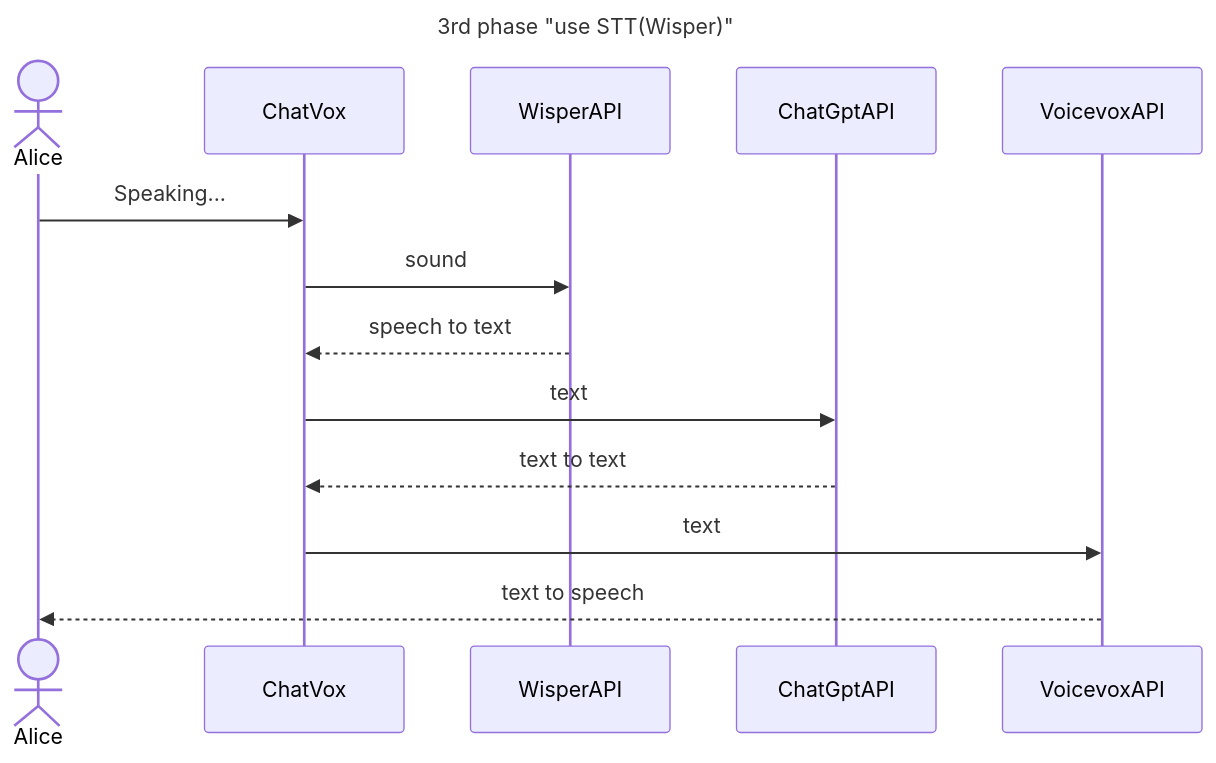
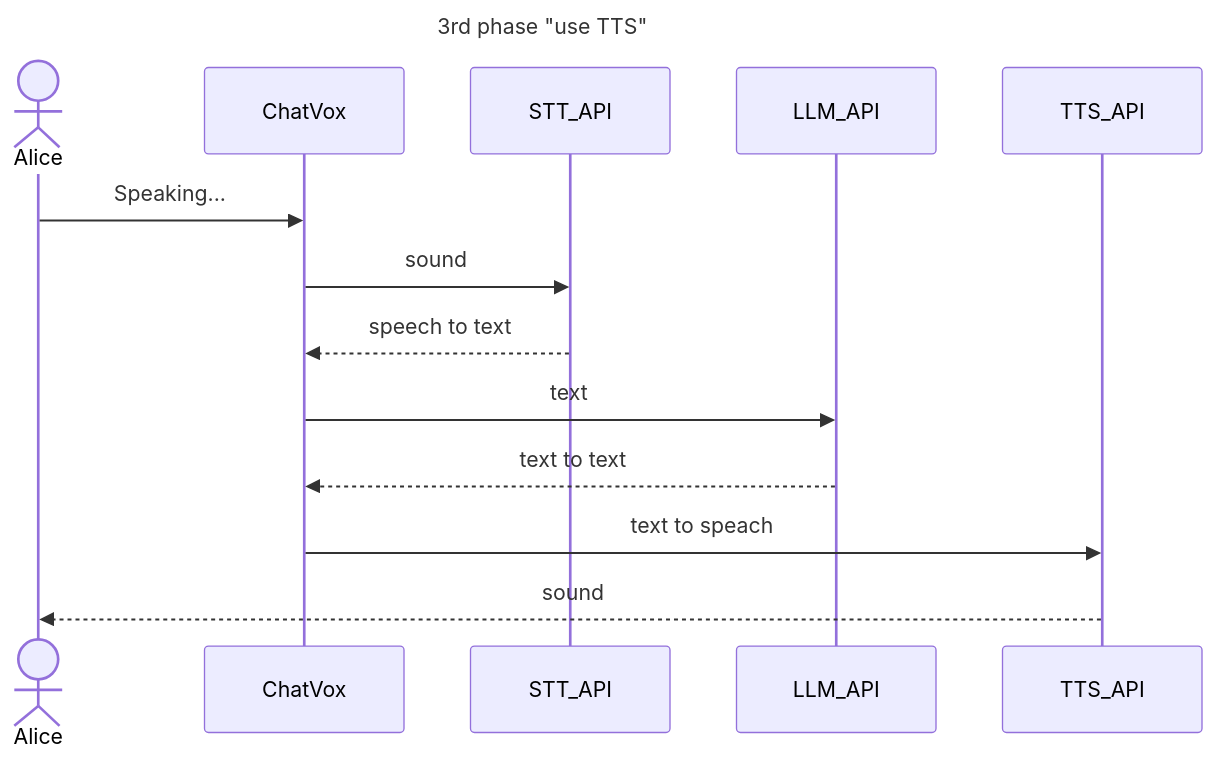
The third of 3 diagrams in doc/milestone.md (ted-sharp/chatvox), drawn with Mermaid before and after one commit. The commit also changed other lines of this file, not shown here.

````diff
--- a/doc/milestone.md
+++ b/doc/milestone.md
@@ -43,18 +43,18 @@
 ```mermaid
 sequenceDiagram
-    title: 3rd phase "use STT(Wisper)"
+    title: 3rd phase "use TTS"
 
     actor Alice
     participant ChatVox
-    participant WisperAPI
-    participant ChatGptAPI
-    participant VoicevoxAPI
+    participant STT_API
+    participant LLM_API
+    participant TTS_API
 
     Alice->>ChatVox: Speaking...
-    ChatVox->>WisperAPI: sound
-    WisperAPI-->>ChatVox: speech to text
-    ChatVox->>ChatGptAPI: text
-    ChatGptAPI-->>ChatVox: text to text
-    ChatVox->>VoicevoxAPI: text
-    VoicevoxAPI-->>Alice: text to speech
+    ChatVox->>STT_API: sound
+    STT_API-->>ChatVox: speech to text
+    ChatVox->>LLM_API: text
+    LLM_API-->>ChatVox: text to text
+    ChatVox->>TTS_API: text to speach
+    TTS_API-->>Alice: sound
 ```
````
